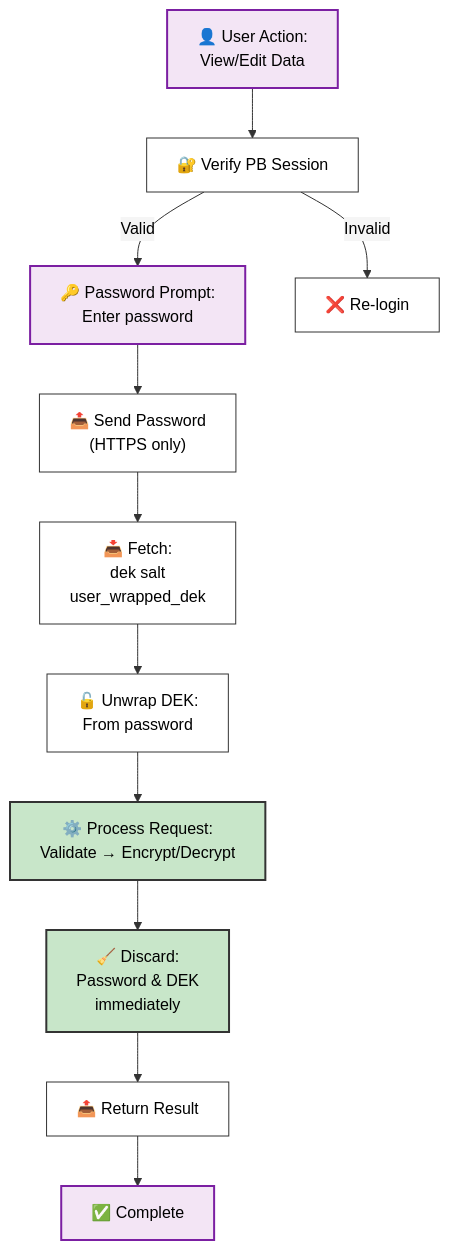
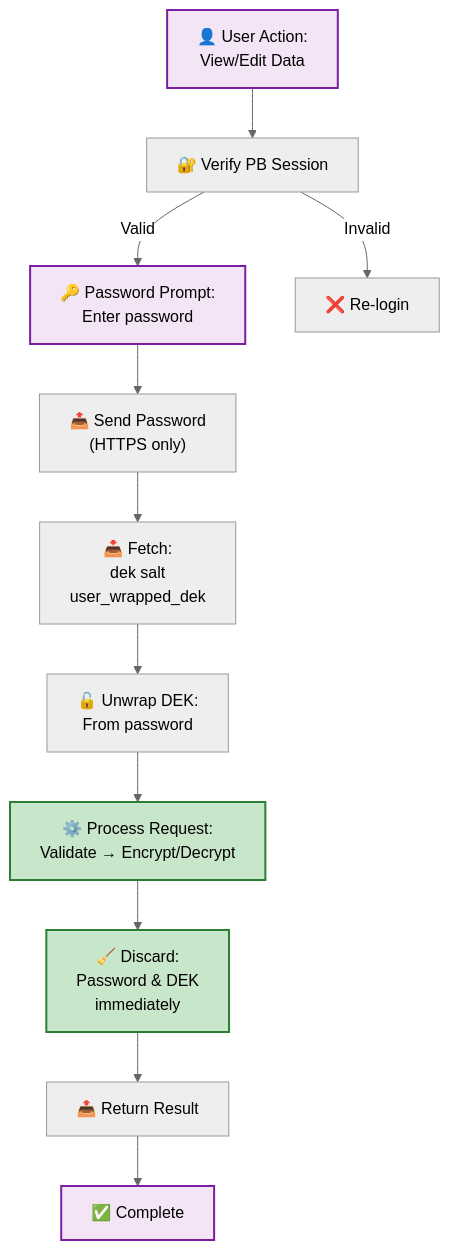
Before and after one commit to DomiDre/kigaprio: the fourth of 8 diagrams in ARCHITECTURE.md, drawn with Mermaid. The commit also changed other lines of this file, not shown here.

Commit message:
Set neutral theme everywhere

````diff
--- a/ARCHITECTURE.md
+++ b/ARCHITECTURE.md
@@ -307,35 +301,35 @@
 ```mermaid
-%%{init: {'theme':'base', 'themeVariables': { 'primaryColor':'#fff','primaryTextColor':'#000','primaryBorderColor':'#333','lineColor':'#333','secondaryColor':'#f5f5f5','tertiaryColor':'#fff','background':'#ffffff','mainBkg':'#ffffff','clusterBkg':'#f9f9f9','clusterBorder':'#666'}}}%%
+%%{init: {'theme':'neutral'}}%%
 flowchart TD
     Request["👤 User Action:<br/>View/Edit Data"]
     Auth["🔐 Verify PB Session"]
     Prompt["🔑 Password Prompt:<br/>Enter password"]
     SendPW["📤 Send Password<br/>(HTTPS only)"]
     FetchWrapped["📥 Fetch:<br/>dek salt<br/>user_wrapped_dek"]
     UnwrapDEK["🔓 Unwrap DEK:<br/>From password"]
     ProcessData["⚙️ Process Request:<br/>Validate → Encrypt/Decrypt"]
     Cleanup["🧹 Discard:<br/>Password & DEK<br/>immediately"]
     Return["📤 Return Result"]
     Done["✅ Complete"]
     
     Request --> Auth
     Auth -->|"Valid"| Prompt
     Auth -->|"Invalid"| Fail["❌ Re-login"]
     Prompt --> SendPW
     SendPW --> FetchWrapped
     FetchWrapped --> UnwrapDEK
     UnwrapDEK --> ProcessData
     ProcessData --> Cleanup
     Cleanup --> Return
     Return --> Done
     
-    classDef action fill:#f3e5f5,stroke:#7b1fa2,stroke-width:2px,color:#000
-    classDef backend fill:#c8e6c9,stroke:#333,stroke-width:2px,color:#000
-    classDef database fill:#ffcdd2,stroke:#333,stroke-width:2px,color:#000
+    classDef action fill:#f3e5f5,stroke:#7b1fa2,stroke-width:2px
+    classDef backend fill:#c8e6c9,stroke:#2e7d32,stroke-width:2px
+    classDef database fill:#ffcdd2,stroke:#c62828,stroke-width:2px
     
     class Request action
     class Prompt action
     class ProcessData backend
     class Cleanup backend
     class Done action
 ```
````
